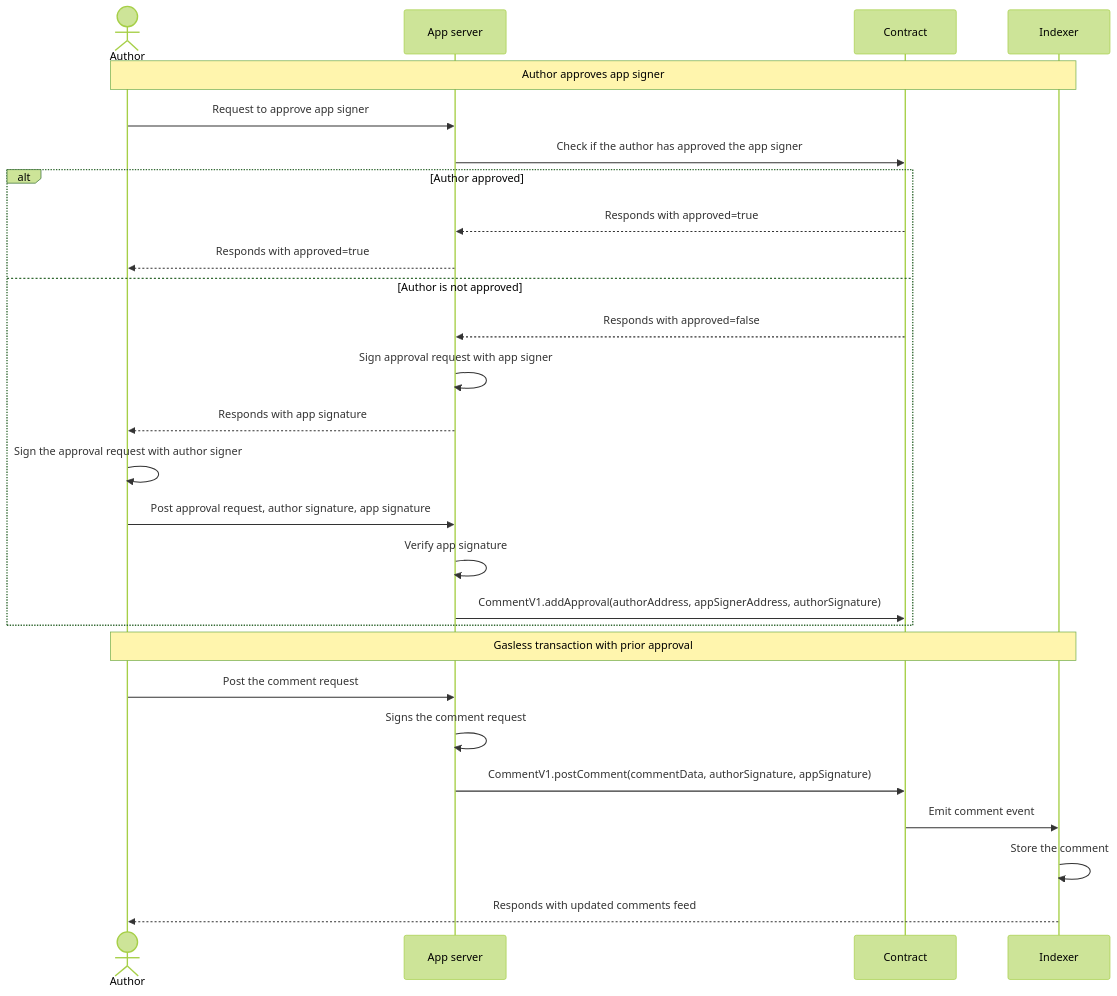
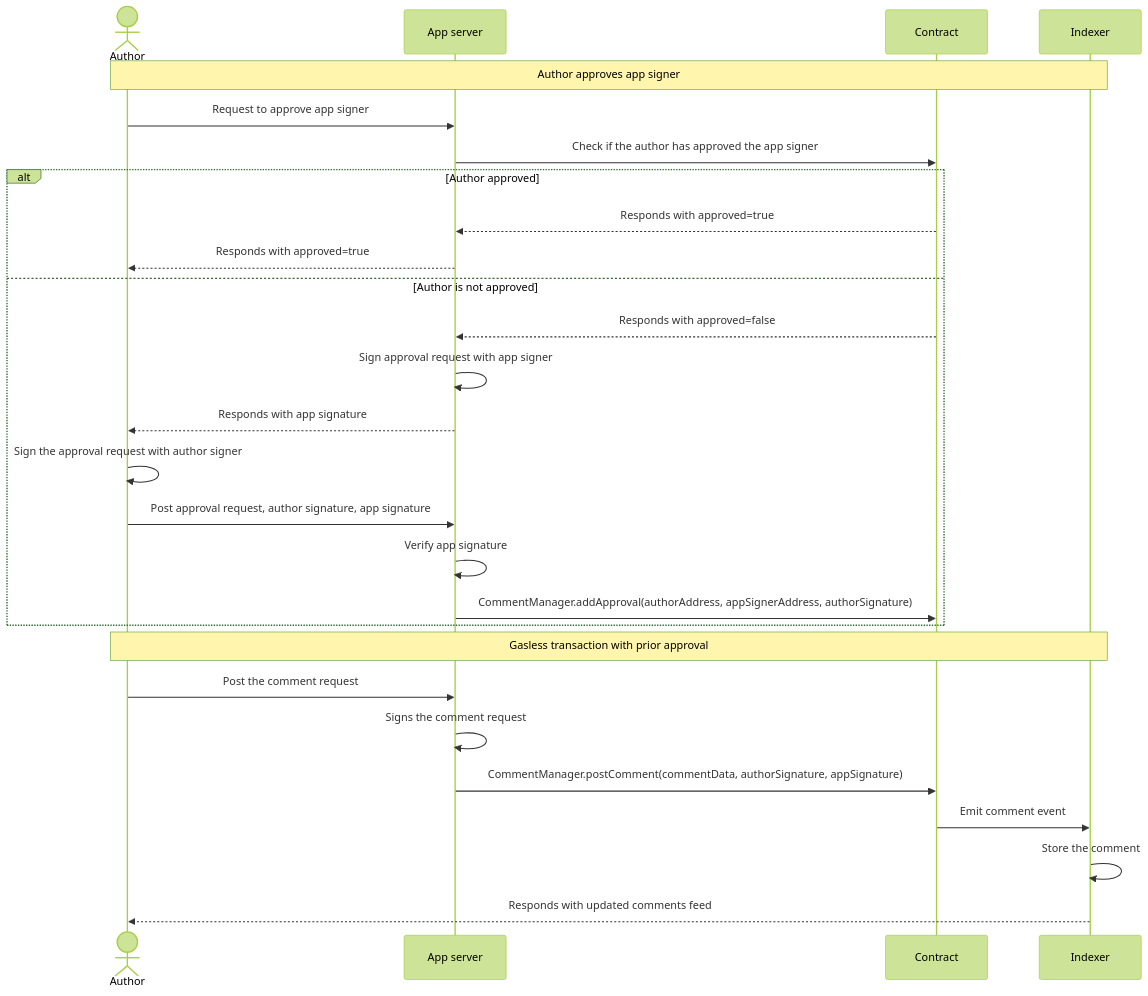
The third of 3 diagrams in docs/pages/post-comment-flows.mdx (ecp-eth/comments-monorepo), drawn with Mermaid (forest theme) before and after one commit. The commit also changed other lines of this file and 192 other files, not shown here.

````diff
--- a/docs/pages/post-comment-flows.mdx
+++ b/docs/pages/post-comment-flows.mdx
@@ -82,33 +82,33 @@
 ```mermaid
 sequenceDiagram
     actor Author
     participant App server
     participant Contract
     participant Indexer
 
     %% Flow 3: Gasless transaction with prior approval
     Note over Author,Indexer: Author approves app signer
     Author->>App server: Request to approve app signer
     App server->>Contract: Check if the author has approved the app signer
 
     alt Author approved
         Contract-->>App server: Responds with approved=true
         App server-->>Author: Responds with approved=true
     else Author is not approved
         Contract-->>App server: Responds with approved=false
         App server->>App server: Sign approval request with app signer
         App server-->>Author: Responds with app signature
         Author->>Author: Sign the approval request with author signer
         Author->>App server: Post approval request, author signature, app signature
         App server->>App server: Verify app signature
-        App server->>Contract: CommentV1.addApproval(authorAddress, appSignerAddress, authorSignature)
+        App server->>Contract: CommentManager.addApproval(authorAddress, appSignerAddress, authorSignature)
     end
 
     Note over Author,Indexer: Gasless transaction with prior approval
     Author->>App server: Post the comment request
     App server->>App server: Signs the comment request
-    App server->>Contract: CommentV1.postComment(commentData, authorSignature, appSignature)
+    App server->>Contract: CommentManager.postComment(commentData, authorSignature, appSignature)
     Contract->>Indexer: Emit comment event
     Indexer->>Indexer: Store the comment
     Indexer-->>Author: Responds with updated comments feed
 ```
````
